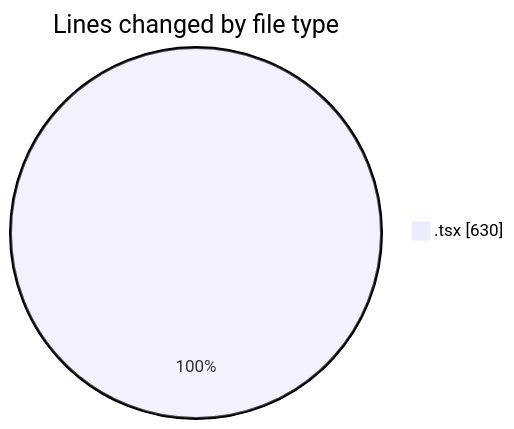
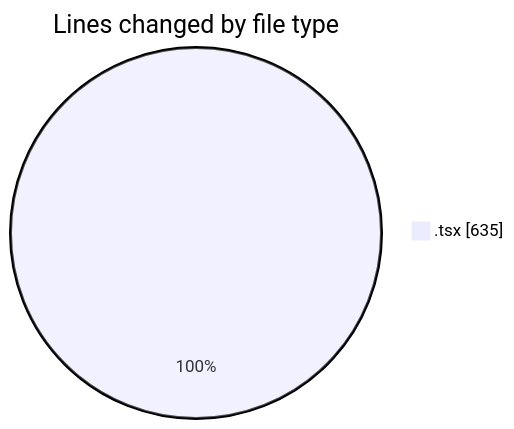
One commit to momahboobian/code-tracking changed the first of 2 diagrams in 2025-11-11/cda/README.md. Above: the diagram before and after it, drawn with Mermaid. The commit also changed other lines of this file and 1 other file, not shown here.

````diff
--- a/2025-11-11/cda/README.md
+++ b/2025-11-11/cda/README.md
@@ -22,5 +22,5 @@
 ```mermaid
 pie showData
 title Lines changed by file type
-".tsx" : 630
+".tsx" : 635
 ```
````
